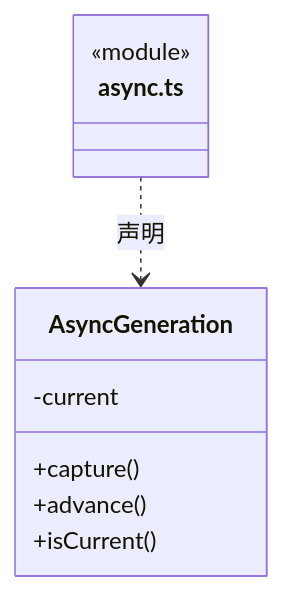
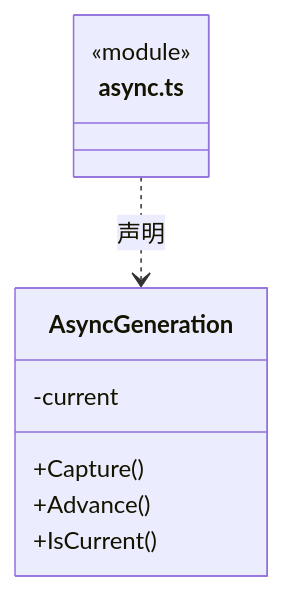
The first of 9 diagrams in src/view/foundations/utility/ARCHITECTURE.md (nan023062/cbim), drawn with Mermaid before and after one commit. The commit also changed other lines of this file and 1035 other files, not shown here.

````diff
--- a/src/view/foundations/utility/ARCHITECTURE.md
+++ b/src/view/foundations/utility/ARCHITECTURE.md
@@ -28,13 +28,13 @@
 ```mermaid
 classDiagram
 class N_src_view_foundations_utility_async_ts["async.ts"] {
   <<module>>
 }
 class N_src_view_foundations_utility_async_ts_AsyncGeneration["AsyncGeneration"] {
-  +capture()
-  +advance()
-  +isCurrent()
+  +Capture()
+  +Advance()
+  +IsCurrent()
   -current
 }
 N_src_view_foundations_utility_async_ts ..> N_src_view_foundations_utility_async_ts_AsyncGeneration : 声明
 ```
````
